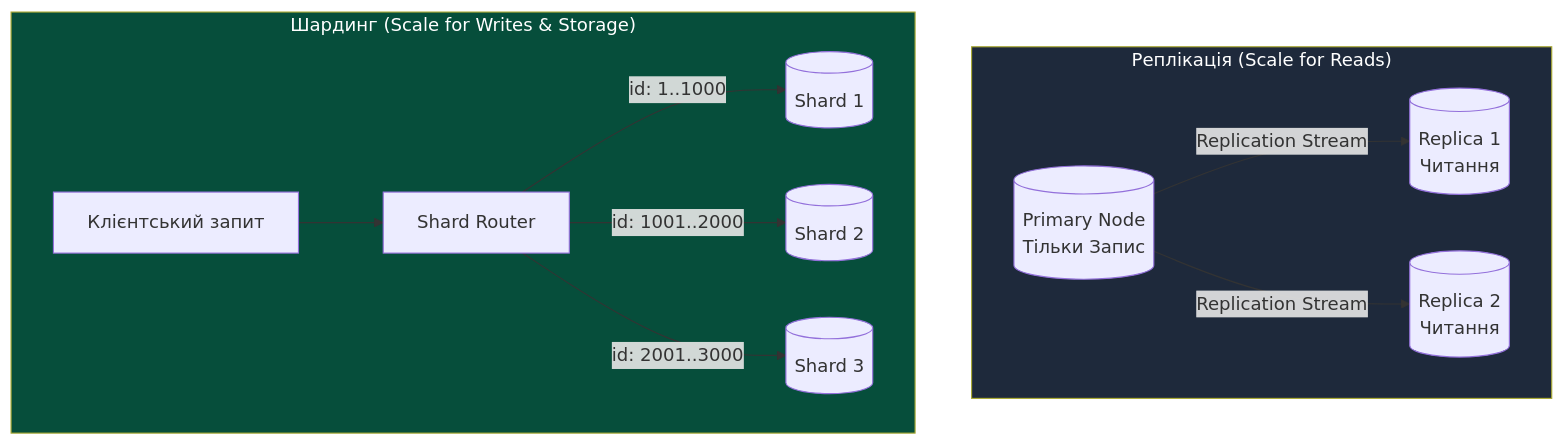
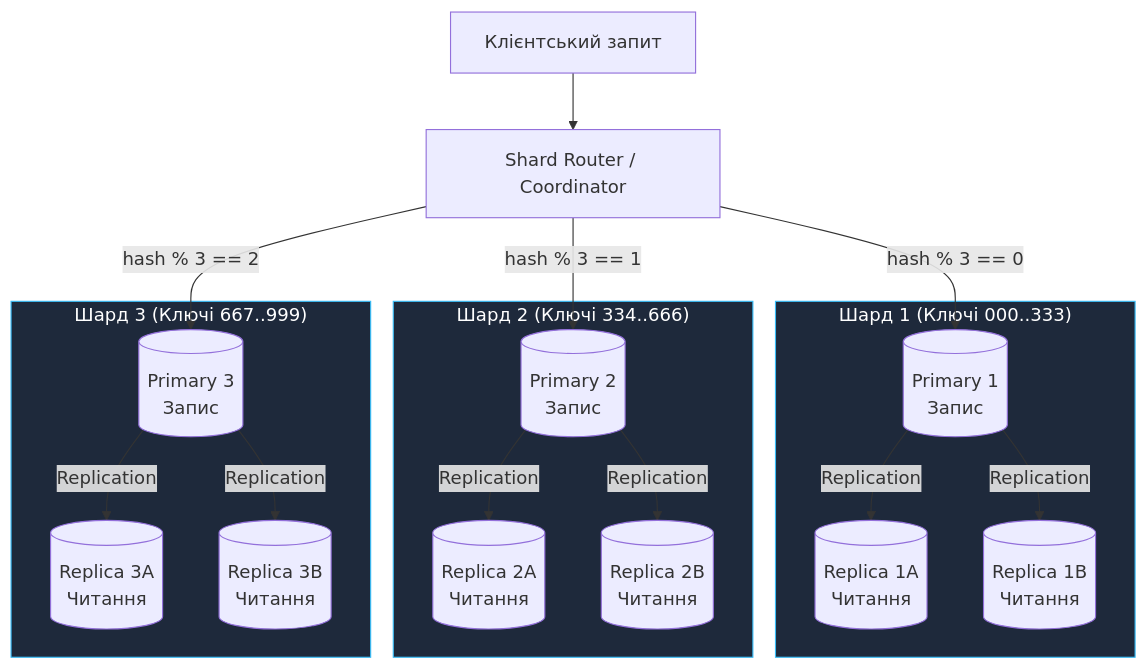
The first of 2 diagrams in docs/06_distributed_storage_hashing.md (vplanto/cloud_grid), drawn with Mermaid before and after one commit. The commit also changed other lines of this file, not shown here.

````diff
--- a/docs/06_distributed_storage_hashing.md
+++ b/docs/06_distributed_storage_hashing.md
@@ -106,17 +101,27 @@
 ```mermaid
 flowchart TD
-    subgraph Replication ["Реплікація (Scale for Reads)"]
-        PRIMARY[(Primary Node<br>Тільки Запис)] -->|Replication Stream| R1[(Replica 1<br>Читання)]
-        PRIMARY -->|Replication Stream| R2[(Replica 2<br>Читання)]
+    CLIENT["Клієнтський запит"] --> ROUTER["Shard Router / Coordinator"]
+
+    subgraph SHARD1 ["Шард 1 (Ключі 000..333)"]
+        P1[(Primary 1<br>Запис)] -->|Replication| R1A[(Replica 1A<br>Читання)]
+        P1 -->|Replication| R1B[(Replica 1B<br>Читання)]
     end
 
-    subgraph Sharding ["Шардинг (Scale for Writes & Storage)"]
-        CLIENT["Клієнтський запит"] --> ROUTER["Shard Router"]
-        ROUTER -->|id: 1..1000| S1[(Shard 1)]
-        ROUTER -->|id: 1001..2000| S2[(Shard 2)]
-        ROUTER -->|id: 2001..3000| S3[(Shard 3)]
+    subgraph SHARD2 ["Шард 2 (Ключі 334..666)"]
+        P2[(Primary 2<br>Запис)] -->|Replication| R2A[(Replica 2A<br>Читання)]
+        P2 -->|Replication| R2B[(Replica 2B<br>Читання)]
     end
 
-    style Replication fill:#1e293b,color:#fff
-    style Sharding fill:#064e3b,color:#fff
+    subgraph SHARD3 ["Шард 3 (Ключі 667..999)"]
+        P3[(Primary 3<br>Запис)] -->|Replication| R3A[(Replica 3A<br>Читання)]
+        P3 -->|Replication| R3B[(Replica 3B<br>Читання)]
+    end
+
+    ROUTER -->|hash % 3 == 0| P1
+    ROUTER -->|hash % 3 == 1| P2
+    ROUTER -->|hash % 3 == 2| P3
+
+    style SHARD1 fill:#1e293b,stroke:#38bdf8,color:#fff
+    style SHARD2 fill:#1e293b,stroke:#38bdf8,color:#fff
+    style SHARD3 fill:#1e293b,stroke:#38bdf8,color:#fff
 ```
````
